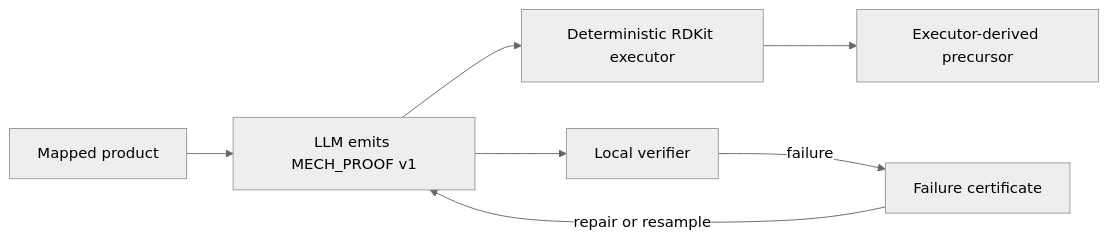
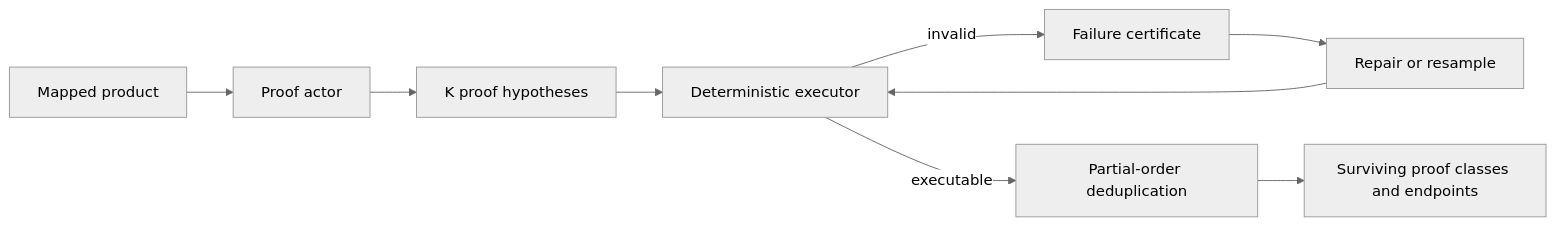
The diagram in README.md (wangyu-sd/MechET), drawn with Mermaid (neutral theme) before and after one commit. The commit also changed other lines of this file, not shown here.

Commit message:
Rewrite README around proof hypotheses and GFR

````diff
--- a/README.md
+++ b/README.md
@@ -29,9 +42,11 @@
 ```mermaid
 flowchart LR
-    P[Mapped product] --> M[LLM emits MECH_PROOF v1]
-    M --> E[Deterministic RDKit executor]
-    E --> R[Executor-derived precursor]
-    M --> V[Local verifier]
-    V -->|failure| C[Failure certificate]
-    C -->|repair or resample| M
+    P[Mapped product] --> A[Proof actor]
+    A --> H[K proof hypotheses]
+    H --> E[Deterministic executor]
+    E -->|invalid| C[Failure certificate]
+    C --> R[Repair or resample]
+    R --> E
+    E -->|executable| D[Partial-order deduplication]
+    D --> S[Surviving proof classes and endpoints]
 ```
````
